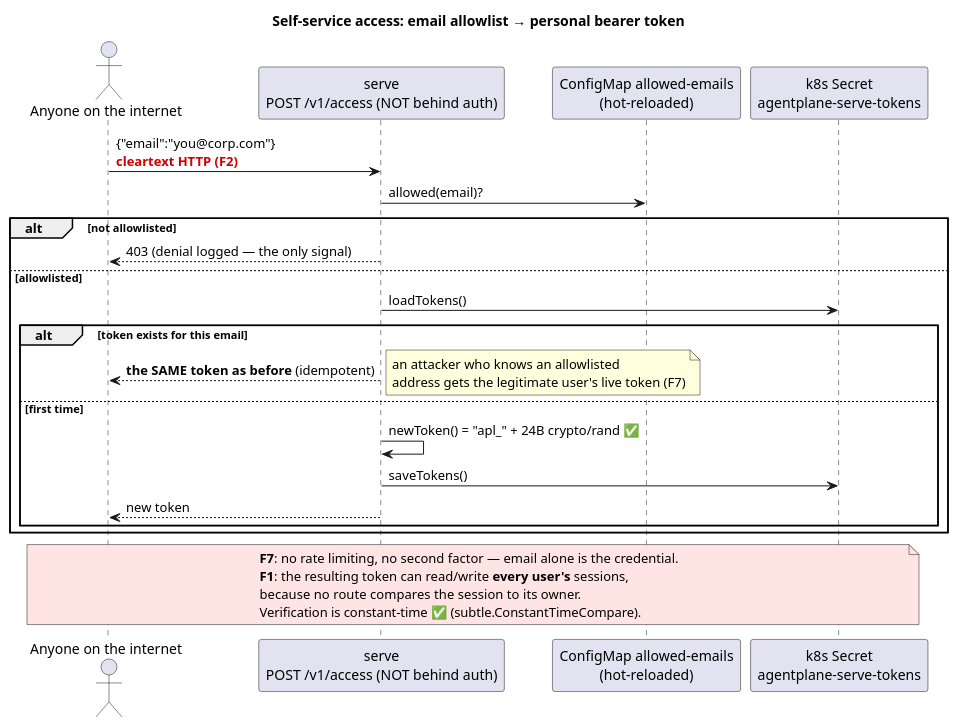
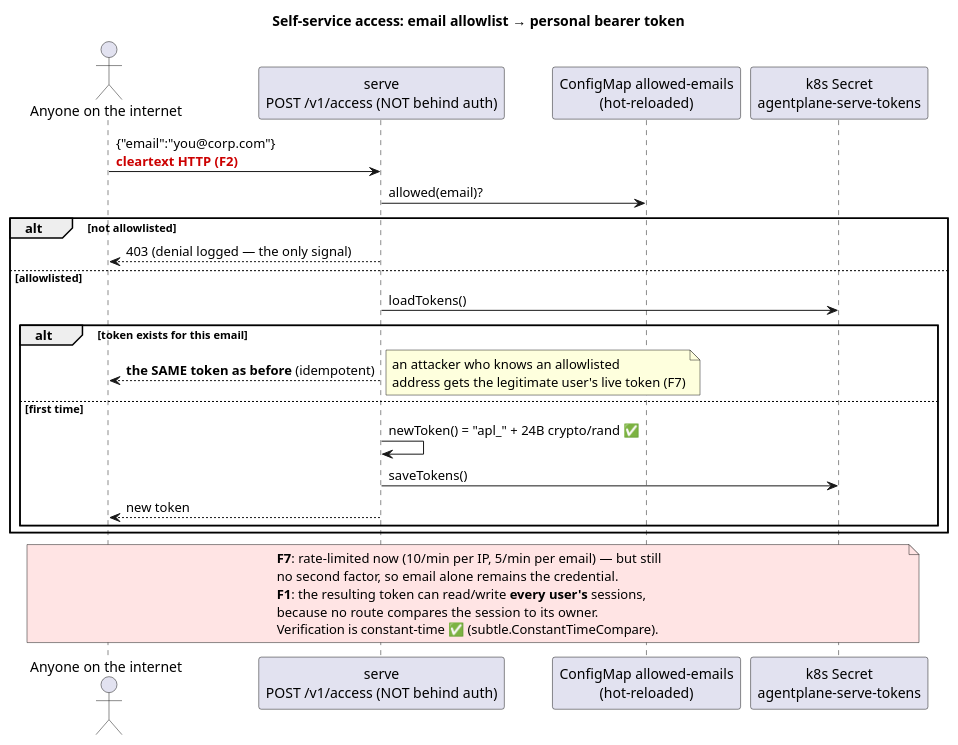
Before and after one commit to agents-community/supercluster: the diagram in agentplane/docs/threat-model/seq-access-token.puml, drawn with PlantUML. The commit also changed 8 other files, not shown here.

```diff
--- a/agentplane/docs/threat-model/seq-access-token.puml
+++ b/agentplane/docs/threat-model/seq-access-token.puml
@@ -1,31 +1,32 @@
 @startuml seq-access-token
 title Self-service access: email allowlist → personal bearer token
 
 actor "Anyone on the internet" as who
 participant "serve\nPOST /v1/access (NOT behind auth)" as serve
 participant "ConfigMap allowed-emails\n(hot-reloaded)" as cm
 participant "k8s Secret\nagentplane-serve-tokens" as sec
 
 who -> serve : {"email":"you@corp.com"}\n<color:#CC0000><b>cleartext HTTP (F2)</b></color>
 serve -> cm : allowed(email)?
 alt not allowlisted
   serve --> who : 403 (denial logged — the only signal)
 else allowlisted
   serve -> sec : loadTokens()
   alt token exists for this email
     serve --> who : <b>the SAME token as before</b> (idempotent)
     note right : an attacker who knows an allowlisted\naddress gets the legitimate user's live token (F7)
   else first time
     serve -> serve : newToken() = "apl_" + 24B crypto/rand  ✅
     serve -> sec : saveTokens()
     serve --> who : new token
   end
 end
 
 note over who, sec #FFE4E4
-  <b>F7</b>: no rate limiting, no second factor — email alone is the credential.
+  <b>F7</b>: rate-limited now (10/min per IP, 5/min per email) — but still
+  no second factor, so email alone remains the credential.
   <b>F1</b>: the resulting token can read/write <b>every user's</b> sessions,
   because no route compares the session to its owner.
   Verification is constant-time ✅ (subtle.ConstantTimeCompare).
 end note
 @enduml
```
